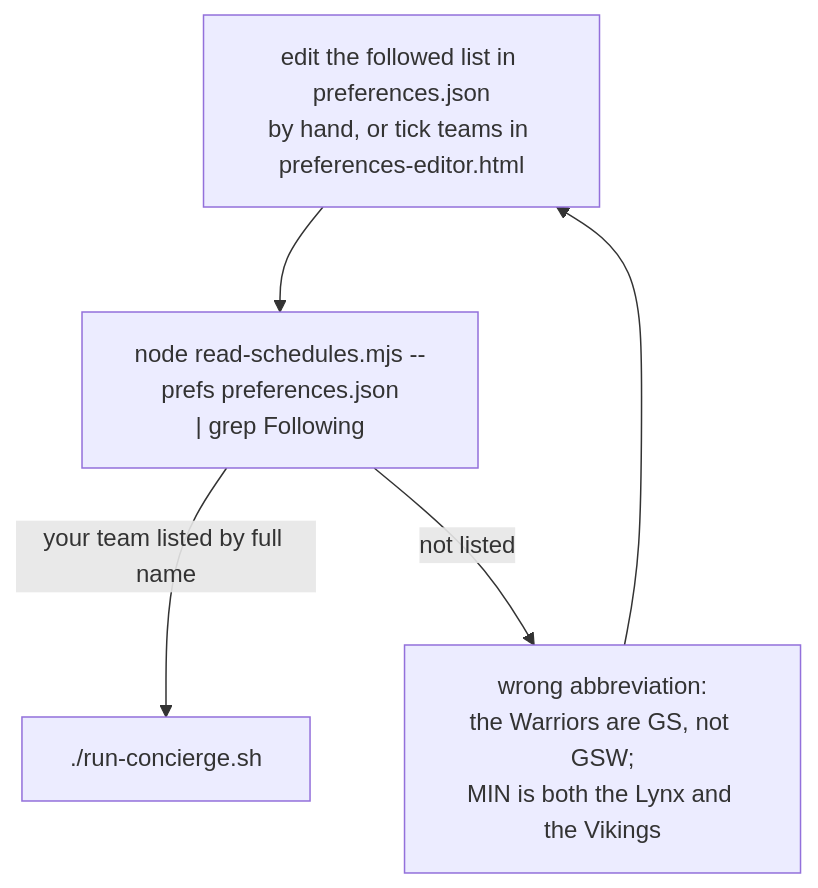
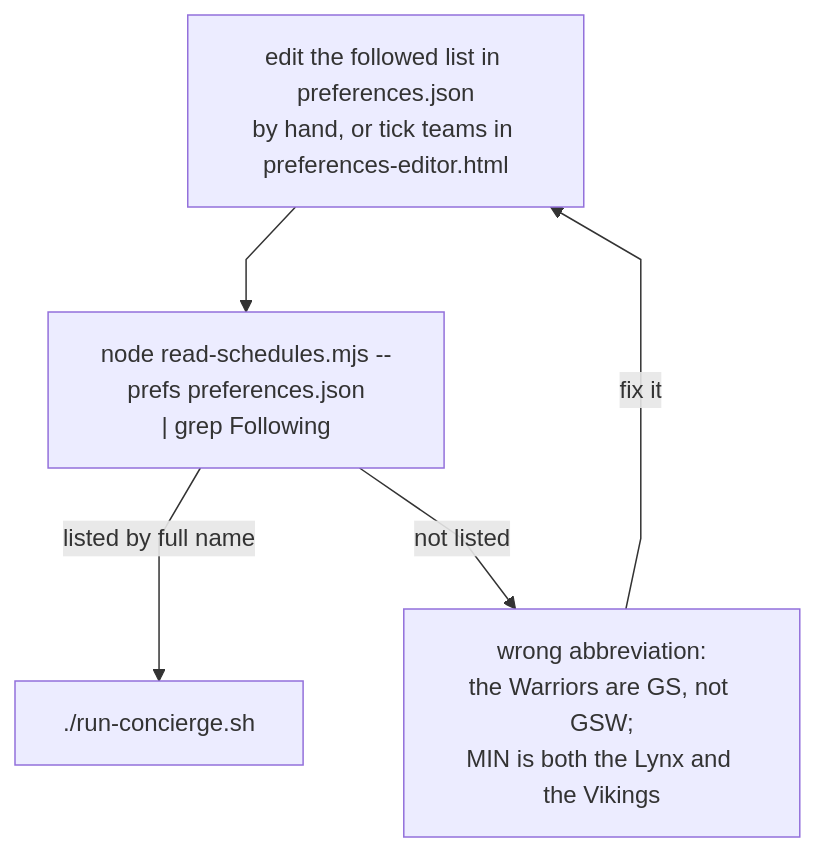
Before and after one commit to ismayc/never-miss-a-game: the third of 3 diagrams in TECHNICAL.md, drawn with Mermaid. The commit also changed other lines of this file and 2 other files, not shown here.

Commit message:
Diagrams: no arrow crosses a title or its own label
Rendered all eight mermaid diagrams (README, examples/README, TECHNICAL x3,
HOW-IT-FITS-TOGETHER x2, WRITING-THE-POLICY) through mermaid.ink and looked.
Four had arrows over text; the other four were clean.

- README: the two inputs now point at the Deterministic band, the band
  hands its summary to the Judgment band, and launchd fires the band, so
  every arrow ends at a border and every label sits between bands. The
  edge label says 8 KB (the read for the 16th is 8,079 bytes).
- HOW-IT-FITS-TOGETHER: the four arrows that landed on the "Built" title
  are one labeled edge between the bands; "refreshed nightly" is "twice a
  day", matching the repos' crons; 7 KB is 8 KB in the second diagram and
  the prose.
- TECHNICAL: the status tree and the Following check use straight edges
  (curve: linear), so the yes/no and "listed by full name" labels sit off
  the lines; the Following labels are shorter; the sequence diagram says
  8 KB; the prose no longer claims all four league repos commit scores
  (the NBA has not played).

Claude-Session: https://claude.ai/code/session_01KXwVv4DW1keYW9StSa6gZB

````diff
--- a/TECHNICAL.md
+++ b/TECHNICAL.md
@@ -120,8 +120,8 @@
 ```mermaid
-%%{init: {"flowchart": {"nodeSpacing": 40, "rankSpacing": 70, "padding": 16}}}%%
+%%{init: {"flowchart": {"nodeSpacing": 60, "rankSpacing": 70, "padding": 16, "curve": "linear"}}}%%
 flowchart TD
     E["edit the followed list in preferences.json<br/>by hand, or tick teams in preferences-editor.html"] --> C["node read-schedules.mjs --prefs preferences.json<br/>| grep Following"]
-    C -- "your team listed by full name" --> R["./run-concierge.sh"]
+    C -- "listed by full name" --> R["./run-concierge.sh"]
     C -- "not listed" --> W["wrong abbreviation:<br/>the Warriors are GS, not GSW;<br/>MIN is both the Lynx and the Vikings"]
-    W --> E
+    W -- "fix it" --> E
 ```
````
